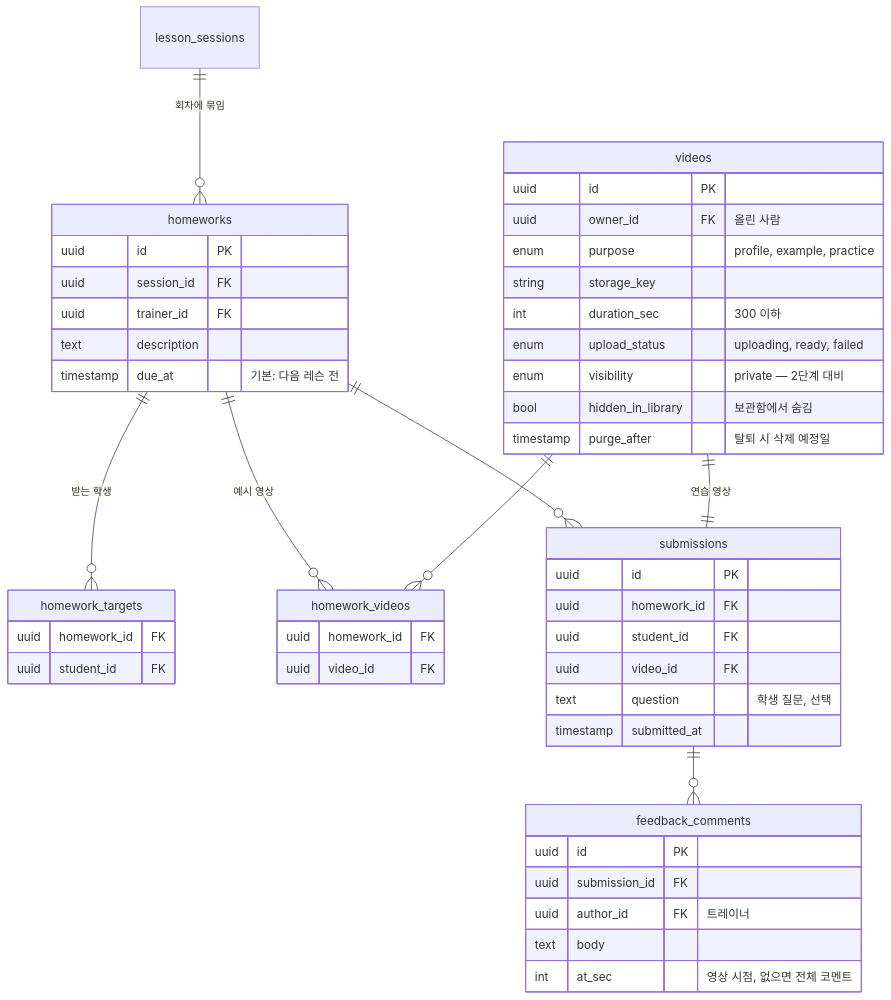
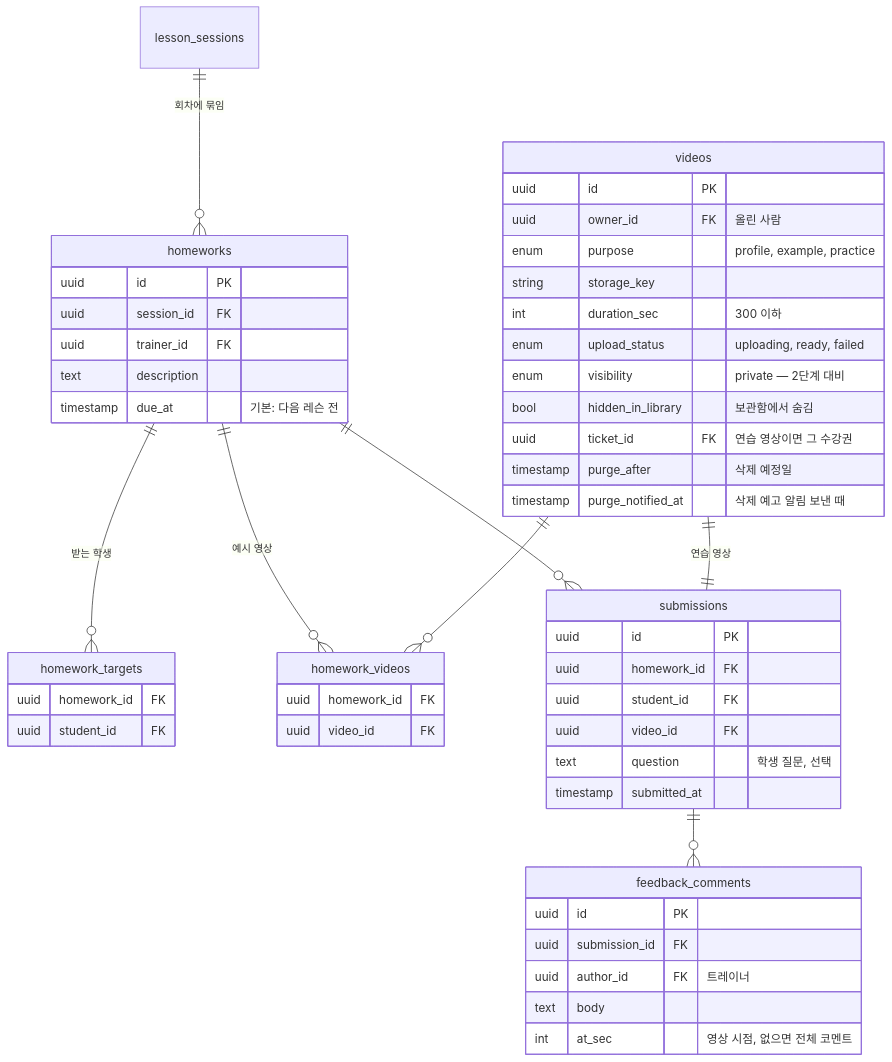
One commit to Yun-Jehyeok/vocals changed the fourth of 7 diagrams in docs/erd.md. Above: the diagram before and after it, drawn with Mermaid. The commit also changed other lines of this file, not shown here.

````diff
--- a/docs/erd.md
+++ b/docs/erd.md
@@ -265,52 +268,54 @@
 ```mermaid
 erDiagram
     lesson_sessions ||--o{ homeworks : "회차에 묶임"
     homeworks ||--o{ homework_targets : "받는 학생"
     homeworks ||--o{ homework_videos : "예시 영상"
     videos ||--o{ homework_videos : ""
     homeworks ||--o{ submissions : ""
     videos ||--|| submissions : "연습 영상"
     submissions ||--o{ feedback_comments : ""
 
     videos {
         uuid id PK
         uuid owner_id FK "올린 사람"
         enum purpose "profile, example, practice"
         string storage_key
         int duration_sec "300 이하"
         enum upload_status "uploading, ready, failed"
         enum visibility "private — 2단계 대비"
         bool hidden_in_library "보관함에서 숨김"
-        timestamp purge_after "탈퇴 시 삭제 예정일"
+        uuid ticket_id FK "연습 영상이면 그 수강권"
+        timestamp purge_after "삭제 예정일"
+        timestamp purge_notified_at "삭제 예고 알림 보낸 때"
     }
     homeworks {
         uuid id PK
         uuid session_id FK
         uuid trainer_id FK
         text description
         timestamp due_at "기본: 다음 레슨 전"
     }
     homework_targets {
         uuid homework_id FK
         uuid student_id FK
     }
     homework_videos {
         uuid homework_id FK
         uuid video_id FK
     }
     submissions {
         uuid id PK
         uuid homework_id FK
         uuid student_id FK
         uuid video_id FK
         text question "학생 질문, 선택"
         timestamp submitted_at
     }
     feedback_comments {
         uuid id PK
         uuid submission_id FK
         uuid author_id FK "트레이너"
         text body
         int at_sec "영상 시점, 없으면 전체 코멘트"
     }
 ```
````
